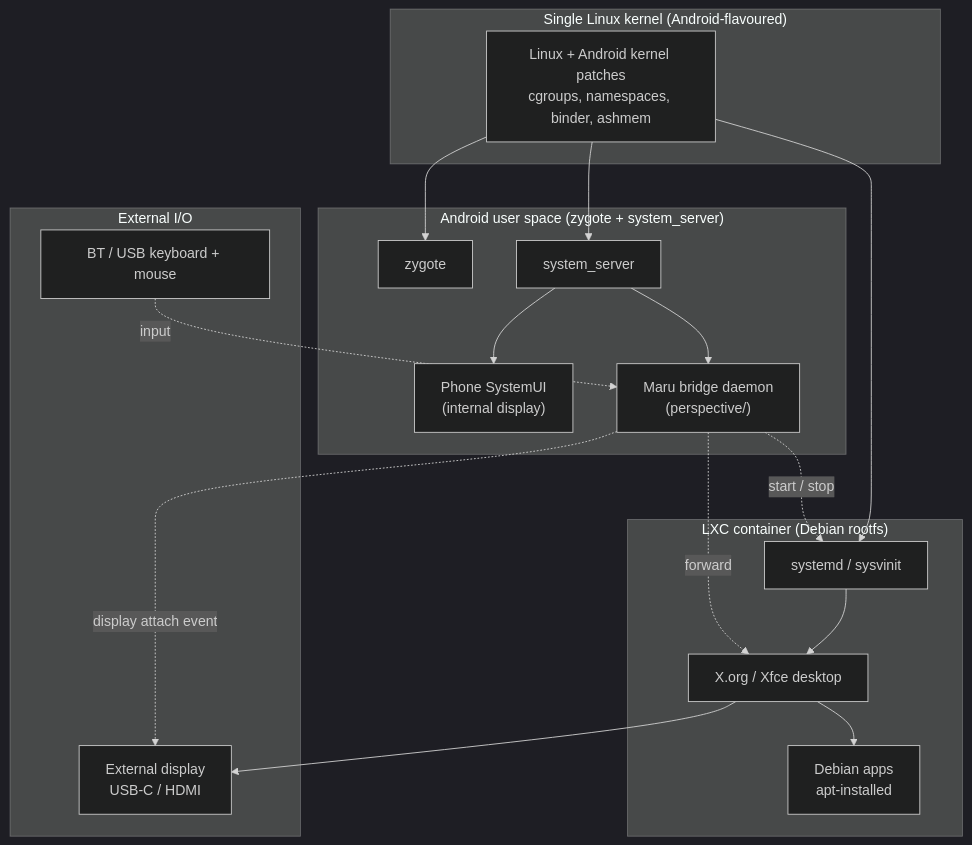
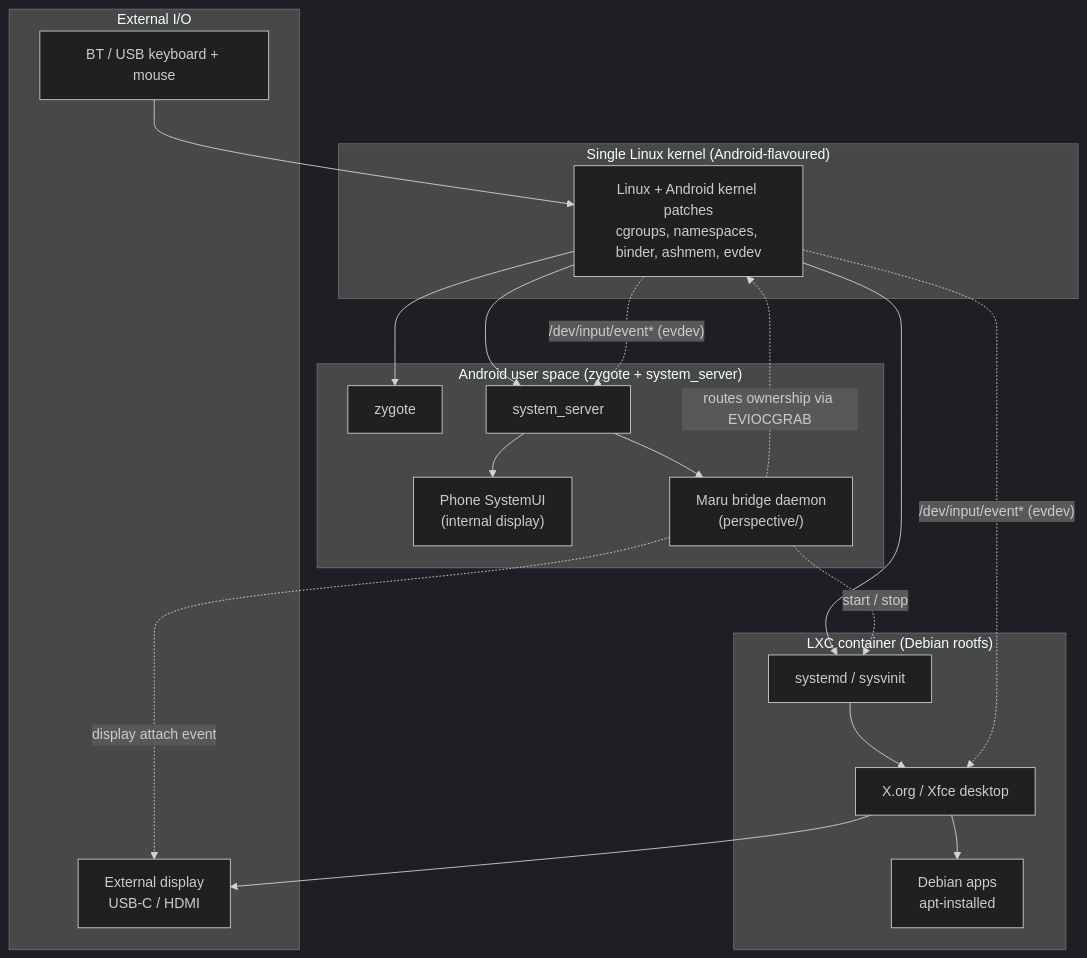
One commit to aospbooks/aosp-internal-book changed diagram 19 of 22 in agents/claude/skills/aosp-part-15-practical/63-custom-rom.md. Above: the diagram before and after it, drawn with Mermaid (dark theme). The commit also changed 4 other files, not shown here.

First line of the commit message:
Chapter 63: fix two-environment diagram to show direct kernel input access

````diff
--- a/agents/claude/skills/aosp-part-15-practical/63-custom-rom.md
+++ b/agents/claude/skills/aosp-part-15-practical/63-custom-rom.md
@@ -4547,34 +4547,36 @@
 ```mermaid
 flowchart TB
     subgraph Kernel["Single Linux kernel (Android-flavoured)"]
-        K["Linux + Android kernel patches<br/>cgroups, namespaces, binder, ashmem"]
+        K["Linux + Android kernel patches<br/>cgroups, namespaces, binder, ashmem, evdev"]
     end
     subgraph Android["Android user space (zygote + system_server)"]
         ZY["zygote"]
         SS["system_server"]
         UI["Phone SystemUI<br/>(internal display)"]
         BR["Maru bridge daemon<br/>(perspective/)"]
     end
     subgraph Container["LXC container (Debian rootfs)"]
         INIT["systemd / sysvinit"]
         X["X.org / Xfce desktop"]
         APPS["Debian apps<br/>apt-installed"]
     end
     subgraph IO["External I/O"]
         DISP["External display<br/>USB-C / HDMI"]
         KBD["BT / USB keyboard + mouse"]
     end
 
     K --> ZY
     K --> SS
     K --> INIT
     SS --> UI
     SS --> BR
     BR -.->|"start / stop"| INIT
     INIT --> X
     X --> APPS
     BR -.->|"display attach event"| DISP
     X --> DISP
-    KBD -.->|"input"| BR
-    BR -.->|"forward"| X
+    KBD --> K
+    K -.->|"/dev/input/event* (evdev)"| SS
+    K -.->|"/dev/input/event* (evdev)"| X
+    BR -.->|"routes ownership via EVIOCGRAB"| K
 ```
````
